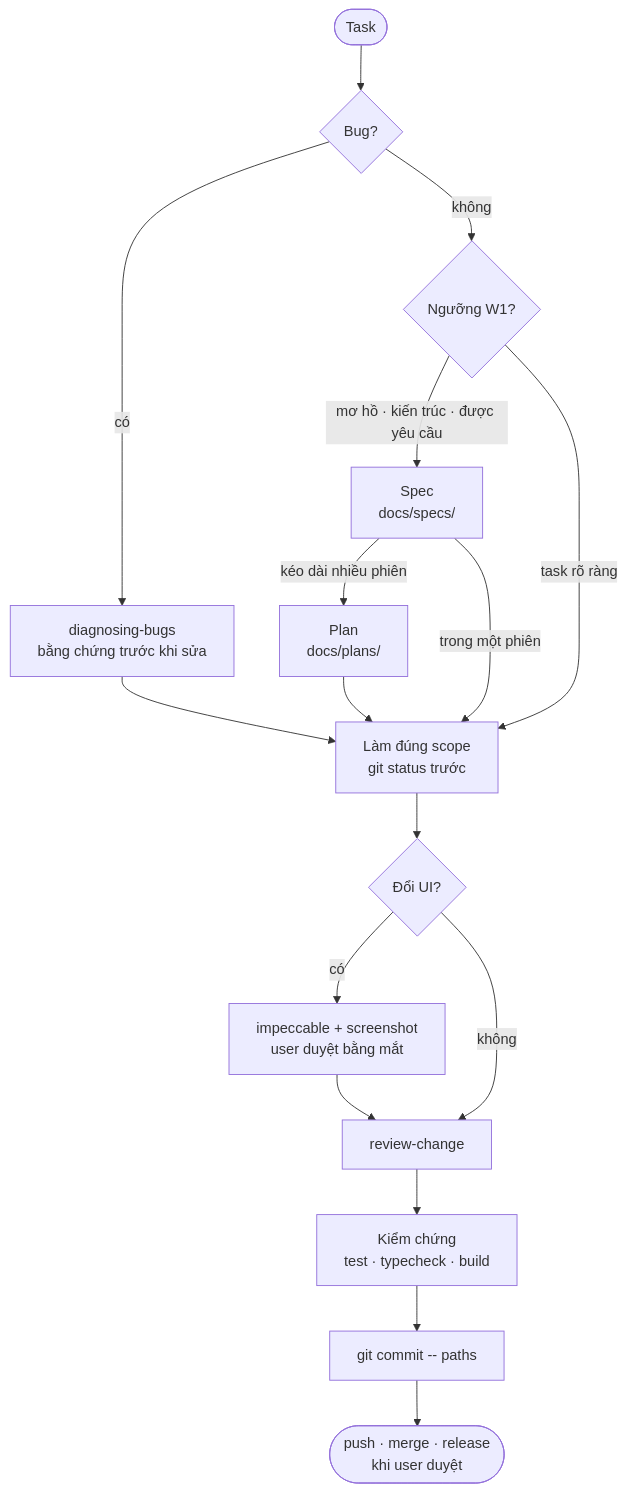
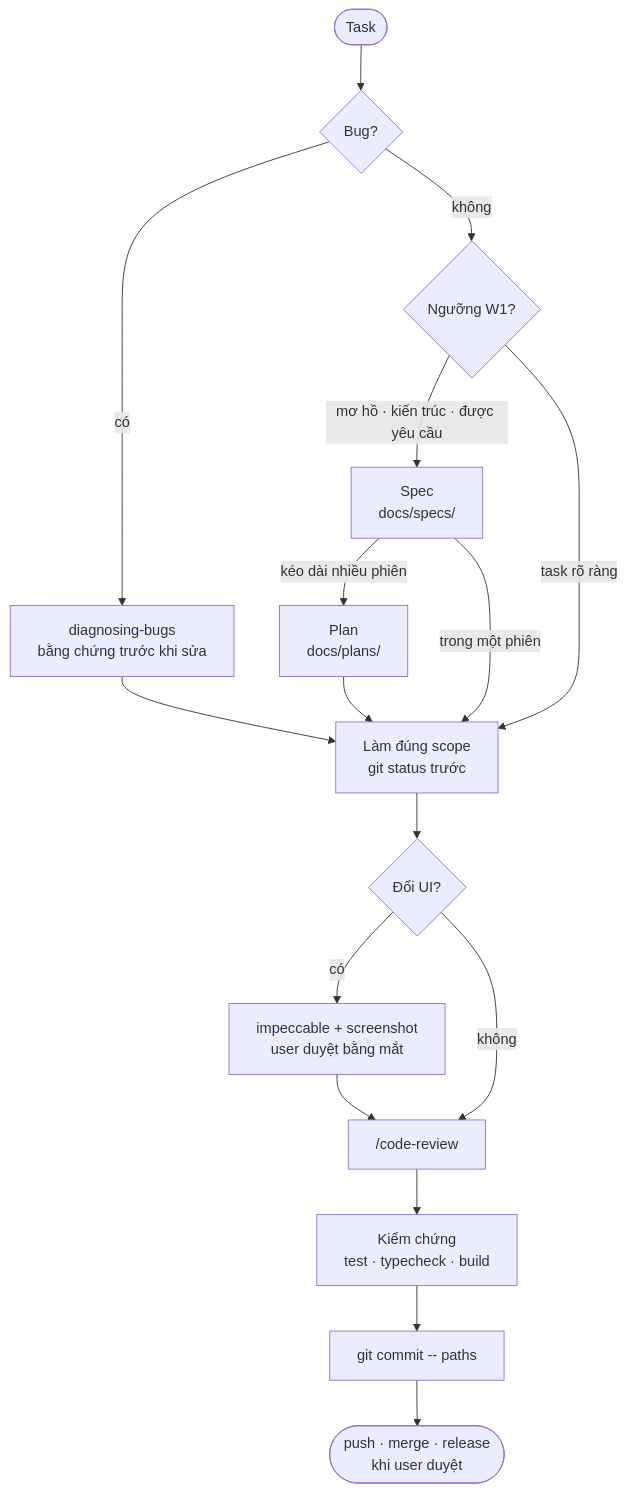
The second of 2 diagrams in README.md (mxrsv/agents-skills), drawn with Mermaid before and after one commit. The commit also changed other lines of this file and 25 other files, not shown here.

````diff
--- a/README.md
+++ b/README.md
@@ -34,19 +34,19 @@
 ```mermaid
 flowchart TD
     R([Task]) --> B{"Bug?"}
     B -- "có" --> DB["diagnosing-bugs<br/>bằng chứng trước khi sửa"]
     B -- "không" --> W1{"Ngưỡng W1?"}
     W1 -- "mơ hồ · kiến trúc · được yêu cầu" --> SP["Spec<br/>docs/specs/"]
     SP -- "kéo dài nhiều phiên" --> PL["Plan<br/>docs/plans/"]
     W1 -- "task rõ ràng" --> I["Làm đúng scope<br/>git status trước"]
     DB --> I
     SP -- "trong một phiên" --> I
     PL --> I
     I --> UI{"Đổi UI?"}
     UI -- "có" --> IM["impeccable + screenshot<br/>user duyệt bằng mắt"]
-    UI -- "không" --> RC["review-change"]
+    UI -- "không" --> RC["/code-review"]
     IM --> RC
     RC --> V["Kiểm chứng<br/>test · typecheck · build"]
     V --> C["git commit -- paths"]
     C --> P(["push · merge · release<br/>khi user duyệt"])
 ```
````
